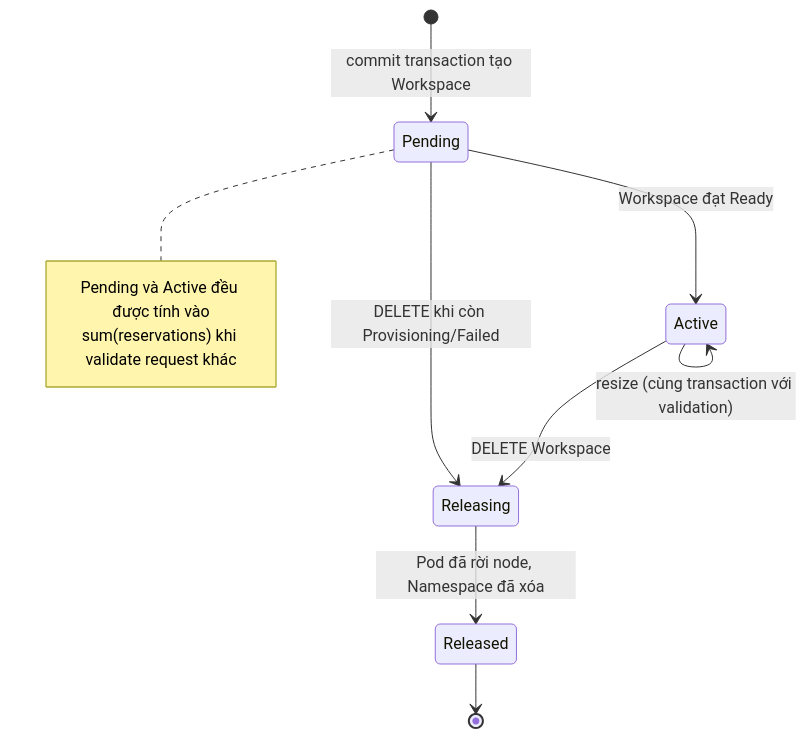
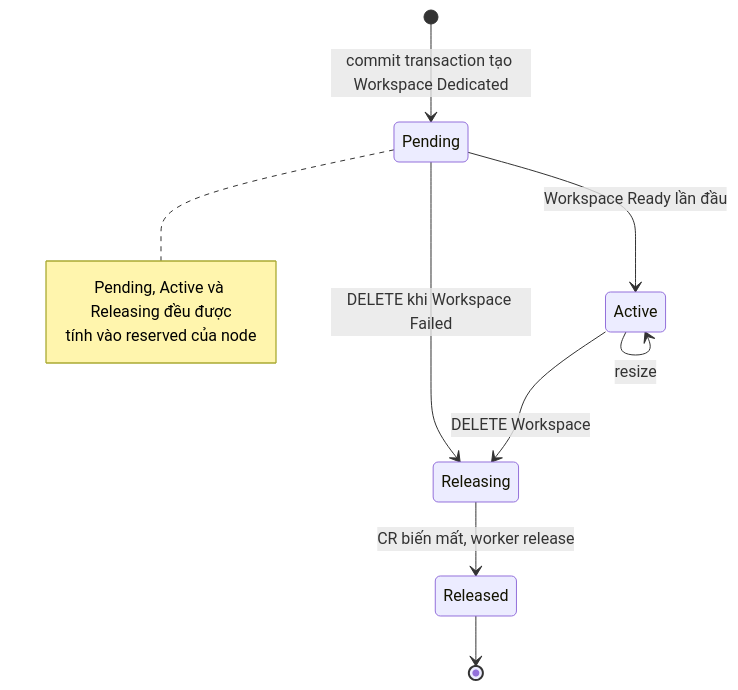
One commit to thaihoc1310/tenantry changed the third of 15 diagrams in docs/architecture/04-state-machines.md. Above: the diagram before and after it, drawn with Mermaid. The commit also changed other lines of this file and 14 other files, not shown here.

````diff
--- a/docs/architecture/04-state-machines.md
+++ b/docs/architecture/04-state-machines.md
@@ -159,14 +168,14 @@
 ```mermaid
 stateDiagram-v2
-  [*] --> Pending : commit transaction tạo Workspace
-  Pending --> Active : Workspace đạt Ready
-  Active --> Active : resize (cùng transaction với validation)
-  Pending --> Releasing : DELETE khi còn Provisioning/Failed
+  [*] --> Pending : commit transaction tạo Workspace Dedicated
+  Pending --> Active : Workspace Ready lần đầu
+  Active --> Active : resize
+  Pending --> Releasing : DELETE khi Workspace Failed
   Active --> Releasing : DELETE Workspace
-  Releasing --> Released : Pod đã rời node, Namespace đã xóa
+  Releasing --> Released : CR biến mất, worker release
   Released --> [*]
   note right of Pending
-    Pending và Active đều được tính vào
-    sum(reservations) khi validate request khác
+    Pending, Active và Releasing đều được
+    tính vào reserved của node
   end note
 ```
````
